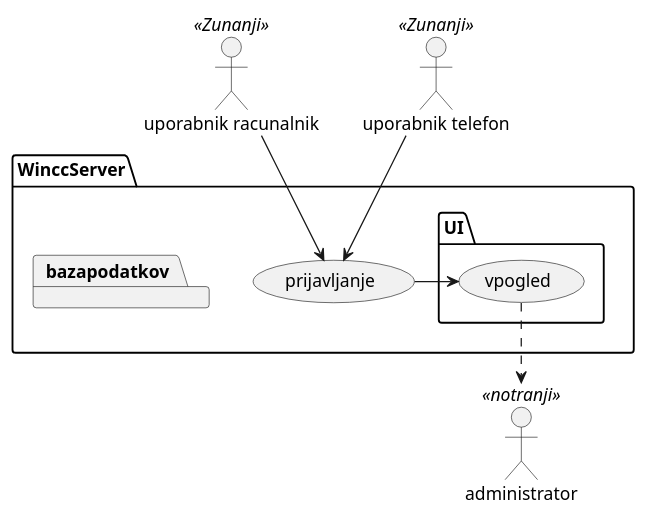
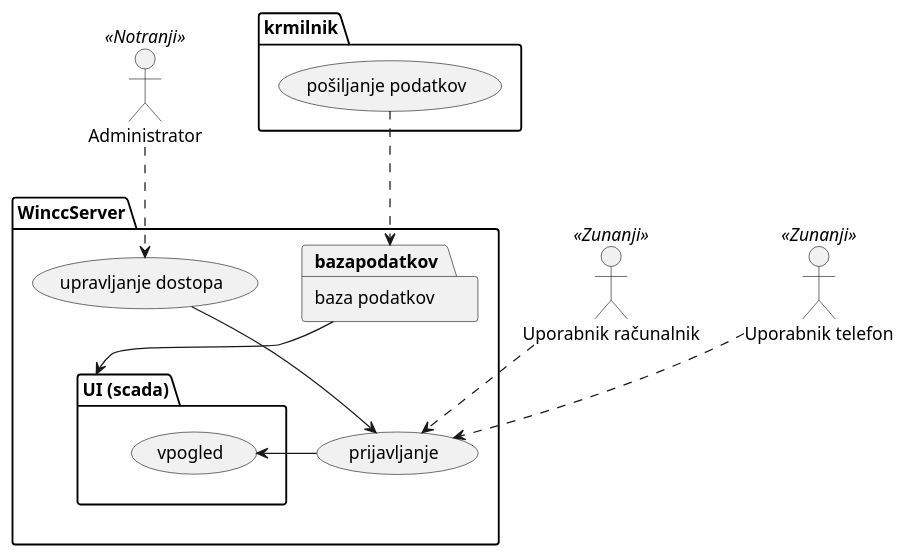
One commit to bdolenec/VAJA_1 changed the diagram in PROJEKT/UML.md. Above: the diagram before and after it, drawn with PlantUML. The commit also changed other lines of this file and 1 other file, not shown here.

Commit message:
18/10/23

```diff
--- a/PROJEKT/UML.md
+++ b/PROJEKT/UML.md
@@ -1,24 +4,29 @@
 @startuml
 
-actor "uporabnik racunalnik" as  uporabnikr <<Zunanji>>
-actor "uporabnik telefon" as  uporabnikt <<Zunanji>>
-actor "administrator" as admin <<notranji>>
-package WinccServer{
-usecase prijavljanje
+actor "Uporabnik računalnik" as uporabnikr <<Zunanji>>
+actor "Uporabnik telefon" as uporabnikt <<Zunanji>>
+actor "Administrator" as admin <<Notranji>>
 
-package UI{
-usecase vpogled
+package WinccServer {
+  usecase prijavljanje
+  usecase "upravljanje dostopa" as dostop
 
+  package "UI (scada)" as UI {
+    usecase vpogled
+  }
+
+  package "baza podatkov" as bazapodatkov{
+  }
 }
 
-package bazapodatkov{
-
+package krmilnik {
+  usecase "pošiljanje podatkov" as pošiljanje
 }
-
-}
-
-vpogled ..> admin
-uporabnikr --> prijavljanje
-uporabnikt --> prijavljanje
+pošiljanje ..> bazapodatkov
+admin ..> dostop
+uporabnikr ..> prijavljanje
+uporabnikt ..> prijavljanje
 prijavljanje -> vpogled
+dostop --> prijavljanje
+bazapodatkov --> UI
 @enduml
```
